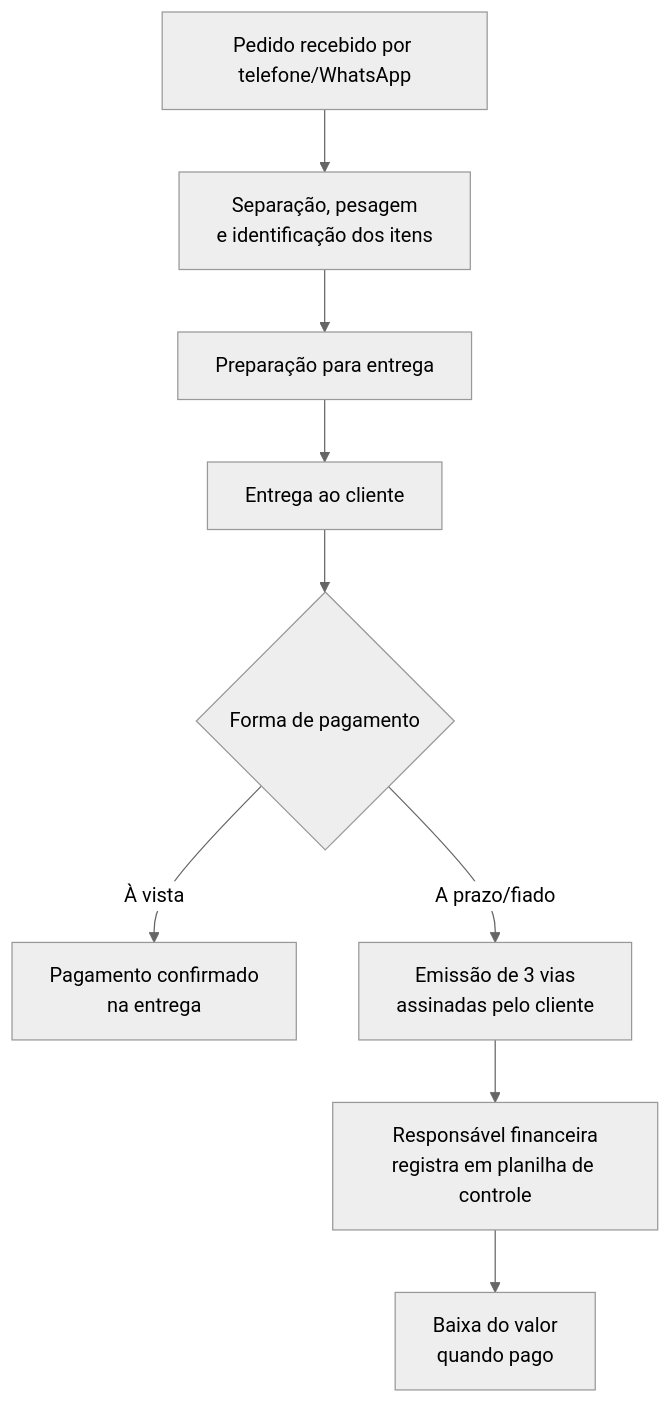
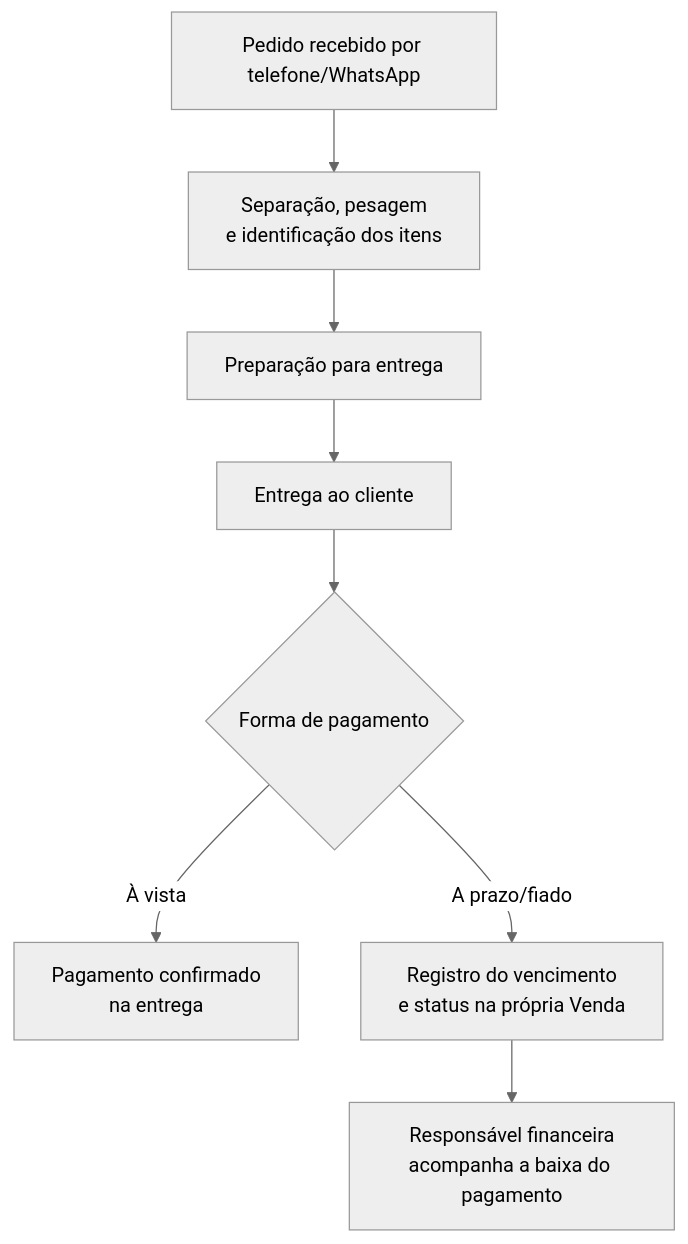
One commit to dev-isaacz/Entrega-1-Modelo-Conceitual-DER changed the fourth of 4 diagrams in README.md. Above: the diagram before and after it, drawn with Mermaid (neutral theme). The commit also changed other lines of this file, not shown here.

````diff
--- a/README.md
+++ b/README.md
@@ -84,11 +87,10 @@
 ```mermaid
 flowchart TD
     A[Pedido recebido por telefone/WhatsApp] --> B[Separação, pesagem\ne identificação dos itens]
     B --> C[Preparação para entrega]
     C --> D[Entrega ao cliente]
     D --> E{Forma de pagamento}
     E -- À vista --> F[Pagamento confirmado\nna entrega]
-    E -- A prazo/fiado --> G[Emissão de 3 vias\nassinadas pelo cliente]
-    G --> H[Responsável financeira\nregistra em planilha de controle]
-    H --> I[Baixa do valor\nquando pago]
+    E -- A prazo/fiado --> G[Registro do vencimento\ne status na própria Venda]
+    G --> H[Responsável financeira\nacompanha a baixa do pagamento]
 ```
````
